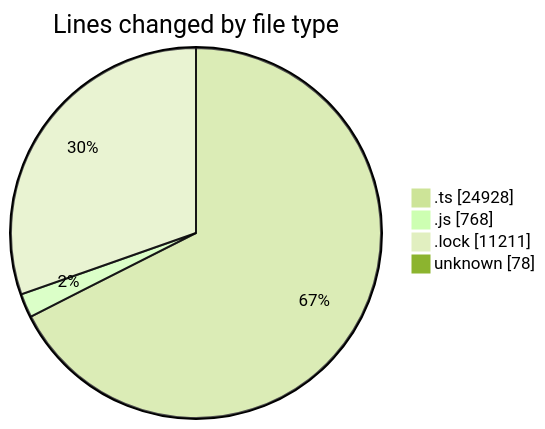
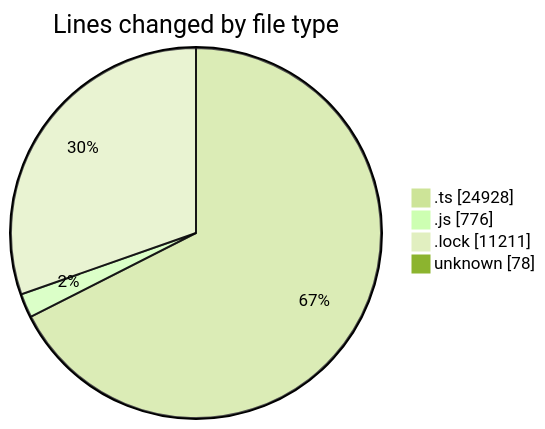
The first of 2 diagrams in 2025-05-20/cda/README.md (momahboobian/code-tracking), drawn with Mermaid (forest theme) before and after one commit. The commit also changed other lines of this file and 1 other file, not shown here.

````diff
--- a/2025-05-20/cda/README.md
+++ b/2025-05-20/cda/README.md
@@ -36,8 +36,8 @@
 ```mermaid
 pie showData
 title Lines changed by file type
 ".ts" : 24928
-".js" : 768
+".js" : 776
 ".lock" : 11211
 "unknown" : 78
 ```
````
